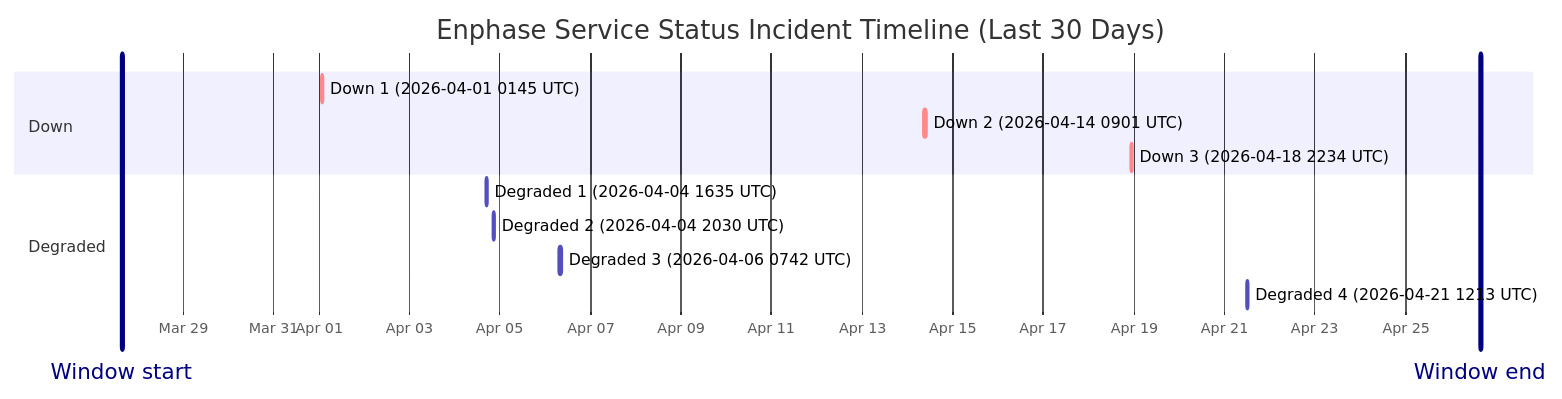
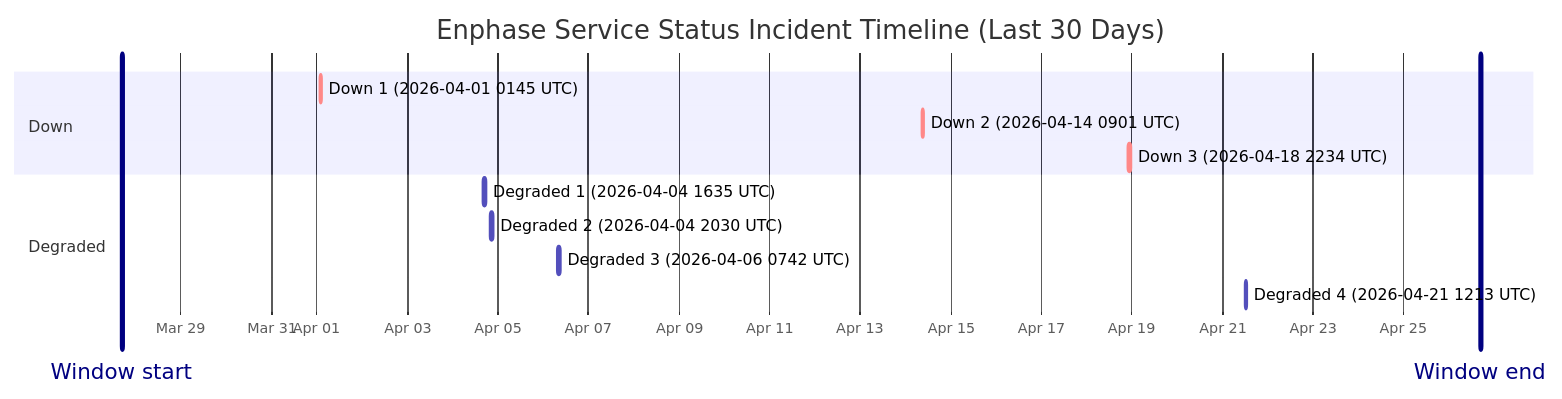
The diagram in wiki/Service-Status-History.md (barneyonline/ha-enphase-ev-charger), drawn with Mermaid before and after one commit. The commit also changed other lines of this file and 3 other files, not shown here.

````diff
--- a/wiki/Service-Status-History.md
+++ b/wiki/Service-Status-History.md
@@ -14,17 +14,17 @@
 ```mermaid
 gantt
     title Enphase Service Status Incident Timeline (Last 30 Days)
     dateFormat  YYYY-MM-DDTHH:mm:ss
     axisFormat  %b %d
-    Window start :vert, window-start, 2026-03-27T15:40:35, 0ms
-    Window end :vert, window-end, 2026-04-26T15:40:35, 0ms
+    Window start :vert, window-start, 2026-03-27T16:41:20, 0ms
+    Window end :vert, window-end, 2026-04-26T16:41:20, 0ms
     section Down
     Down 1 (2026-04-01 0145 UTC) :crit, down-1, 2026-04-01T01:45:09, 60m
     Down 2 (2026-04-14 0901 UTC) :crit, down-2, 2026-04-14T09:01:13, 60m
     Down 3 (2026-04-18 2234 UTC) :crit, down-3, 2026-04-18T22:34:13, 60m
     section Degraded
     Degraded 1 (2026-04-04 1635 UTC) :active, degraded-1, 2026-04-04T16:35:17, 60m
     Degraded 2 (2026-04-04 2030 UTC) :active, degraded-2, 2026-04-04T20:30:40, 60m
     Degraded 3 (2026-04-06 0742 UTC) :active, degraded-3, 2026-04-06T07:42:09, 85m
     Degraded 4 (2026-04-21 1213 UTC) :active, degraded-4, 2026-04-21T12:13:11, 60m
 ```
````
